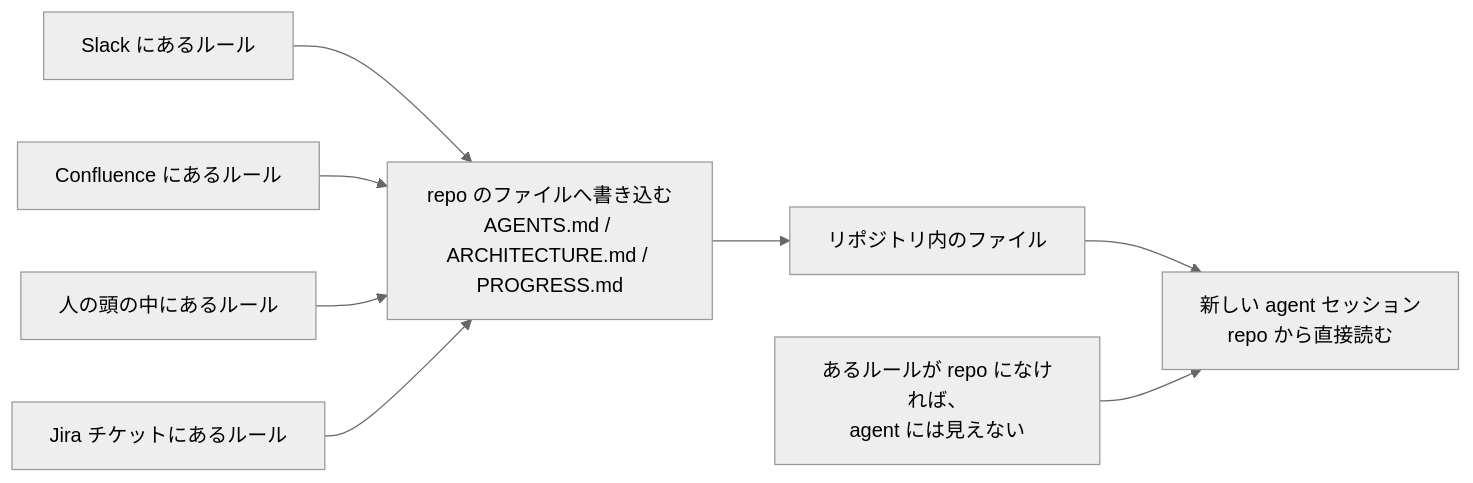
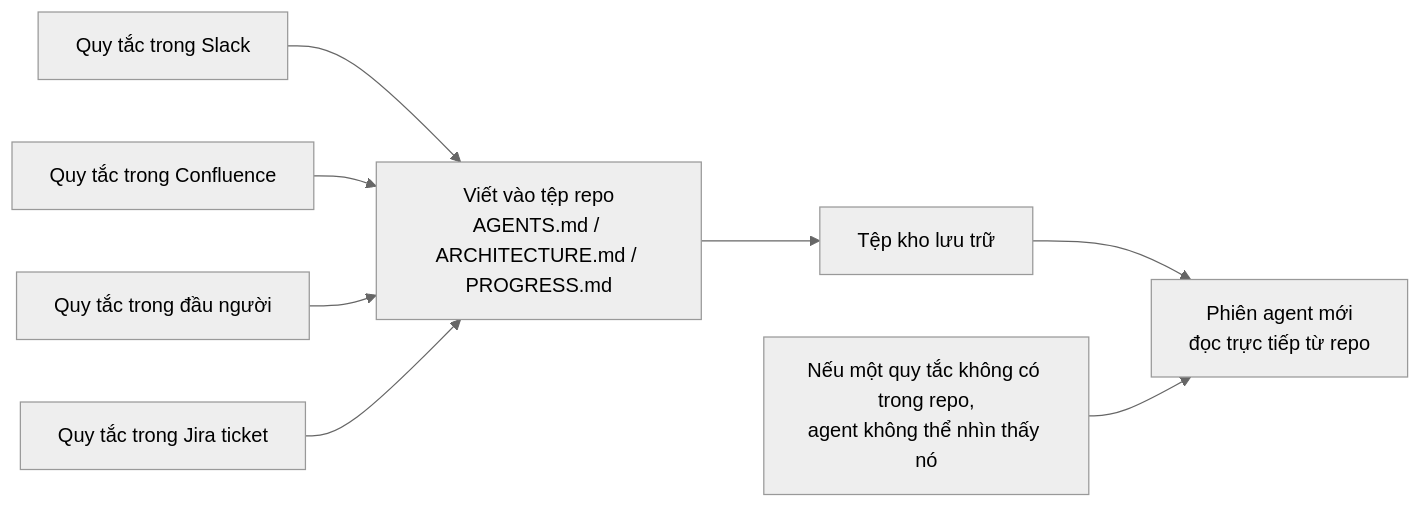
One commit to mkusaka/learn-harness-engineering changed the first of 2 diagrams in docs/vi/lectures/lecture-03-why-the-repository-must-become-the-system-of-record/index.md. Above: the diagram before and after it, drawn with Mermaid (neutral theme). The commit also changed other lines of this file and 684 other files, not shown here.

````diff
--- a/docs/vi/lectures/lecture-03-why-the-repository-must-become-the-system-of-record/index.md
+++ b/docs/vi/lectures/lecture-03-why-the-repository-must-become-the-system-of-record/index.md
@@ -26,10 +26,10 @@
 ```mermaid
 flowchart LR
-    Slack["Slack にあるルール"] --> Write["repo のファイルへ書き込む<br/>AGENTS.md / ARCHITECTURE.md / PROGRESS.md"]
-    Confluence["Confluence にあるルール"] --> Write
-    Heads["人の頭の中にあるルール"] --> Write
-    Jira["Jira チケットにあるルール"] --> Write
-    Write --> Repo["リポジトリ内のファイル"]
-    Repo --> Agent["新しい agent セッション<br/>repo から直接読む"]
-    Warning["あるルールが repo になければ、<br/>agent には見えない"] --> Agent
+    Slack["Quy tắc trong Slack"] --> Write["Viết vào tệp repo<br/>AGENTS.md / ARCHITECTURE.md / PROGRESS.md"]
+    Confluence["Quy tắc trong Confluence"] --> Write
+    Heads["Quy tắc trong đầu người"] --> Write
+    Jira["Quy tắc trong Jira ticket"] --> Write
+    Write --> Repo["Tệp kho lưu trữ"]
+    Repo --> Agent["Phiên agent mới<br/>đọc trực tiếp từ repo"]
+    Warning["Nếu một quy tắc không có trong repo,<br/>agent không thể nhìn thấy nó"] --> Agent
 ```
````
